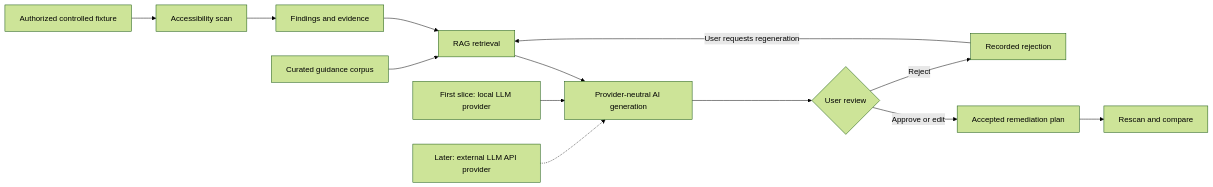
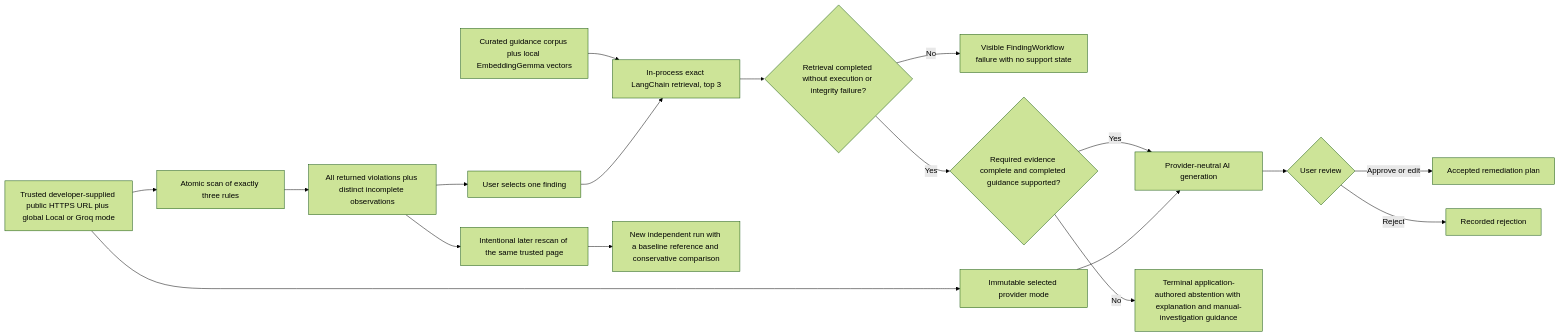
Before and after one commit to mmjosedaniel/a11y-evidence-lab: the diagram in docs/PROJECT_CONCEPT.md, drawn with Mermaid (forest theme). The commit also changed other lines of this file and 60 other files, not shown here.

First line of the commit message:
docs: establish planning architecture phase 2 (#2)

````diff
--- a/docs/PROJECT_CONCEPT.md
+++ b/docs/PROJECT_CONCEPT.md
@@ -19,15 +19,20 @@
 ```mermaid
 flowchart LR
-    A[Authorized controlled fixture] --> B[Accessibility scan]
-    B --> C[Findings and evidence]
-    D[Curated guidance corpus] --> E[RAG retrieval]
-    C --> E
-    E --> F[Provider-neutral AI generation]
-    K[First slice: local LLM provider] --> F
-    L[Later: external LLM API provider] -.-> F
+    A[Trusted developer-supplied public HTTPS URL plus global Local or Groq mode] --> B[Atomic scan of exactly three rules]
+    B --> C[All returned violations plus distinct incomplete observations]
+    C --> O[User selects one finding]
+    D[Curated guidance corpus plus local EmbeddingGemma vectors] --> E[In-process exact LangChain retrieval, top 3]
+    O --> E
+    E --> Q{Retrieval completed without execution or integrity failure?}
+    Q -->|No| X[Visible FindingWorkflow failure with no support state]
+    Q -->|Yes| M{Required evidence complete and completed guidance supported?}
+    M -->|Yes| F[Provider-neutral AI generation]
+    M -->|No| N[Terminal application-authored abstention with explanation and manual-investigation guidance]
+    A --> P[Immutable selected provider mode]
+    P --> F
     F --> G{User review}
     G -->|Approve or edit| H[Accepted remediation plan]
     G -->|Reject| I[Recorded rejection]
-    I -->|User requests regeneration| E
-    H --> J[Rescan and compare]
+    C --> R[Intentional later rescan of the same trusted page]
+    R --> J[New independent run with a baseline reference and conservative comparison]
 ```
````
